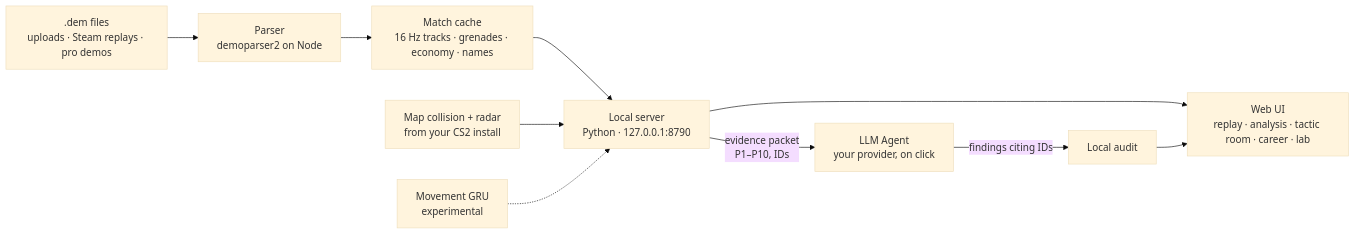
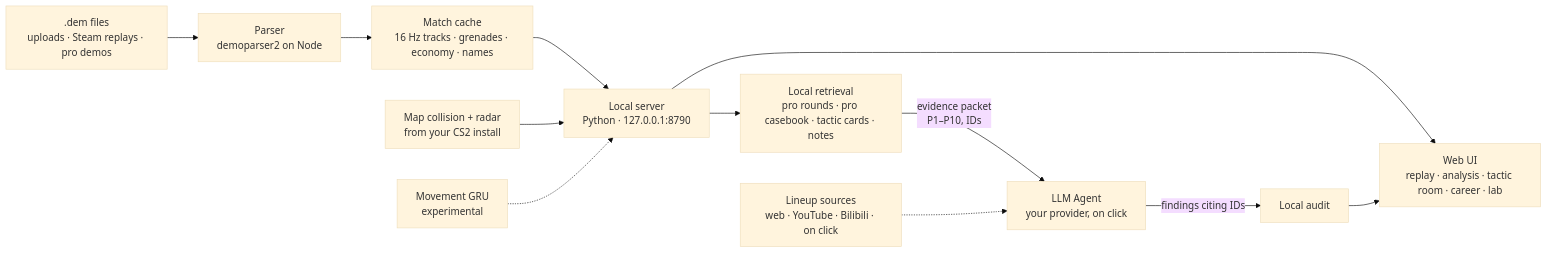
Before and after one commit to ethany14/Cs2-Roundcrafter: the diagram in README.md, drawn with Mermaid (base theme). The commit also changed other lines of this file, not shown here.

First line of the commit message:
Document the retrieval system in the README

````diff
--- a/README.md
+++ b/README.md
@@ -110,11 +125,13 @@
 ```mermaid
 flowchart LR
   A[".dem files<br/>uploads · Steam replays · pro demos"] --> B["Parser<br/>demoparser2 on Node"]
   B --> C["Match cache<br/>16 Hz tracks · grenades · economy · names"]
   C --> D["Local server<br/>Python · 127.0.0.1:8790"]
   D --> E["Web UI<br/>replay · analysis · tactic room · career · lab"]
-  D -- "evidence packet<br/>P1–P10, IDs" --> L["LLM Agent<br/>your provider, on click"]
+  D --> R["Local retrieval<br/>pro rounds · pro casebook · tactic cards · notes"]
+  R -- "evidence packet<br/>P1–P10, IDs" --> L["LLM Agent<br/>your provider, on click"]
+  W["Lineup sources<br/>web · YouTube · Bilibili · on click"] -.-> L
   L -- "findings citing IDs" --> U["Local audit"] --> E
   G["Map collision + radar<br/>from your CS2 install"] --> D
   M["Movement GRU<br/>experimental"] -.-> D
 ```
````
